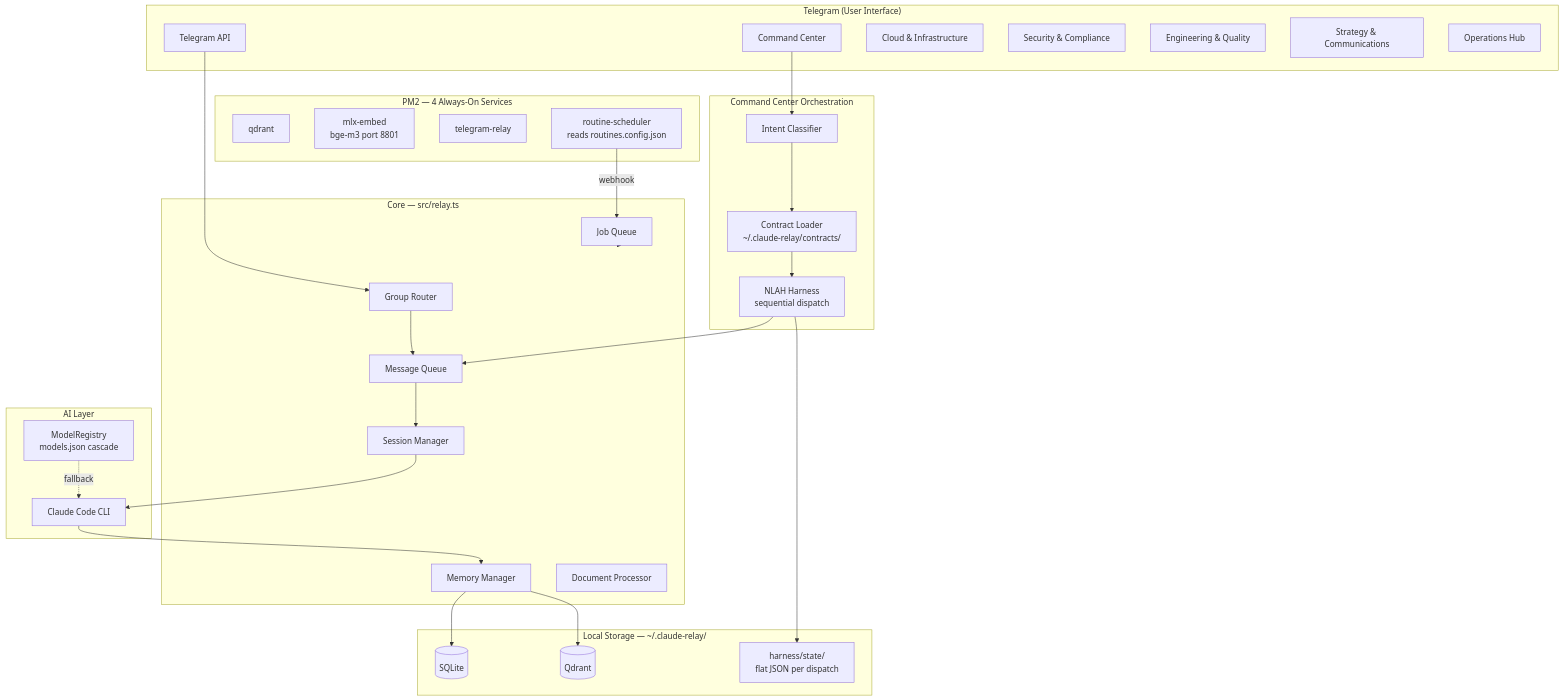
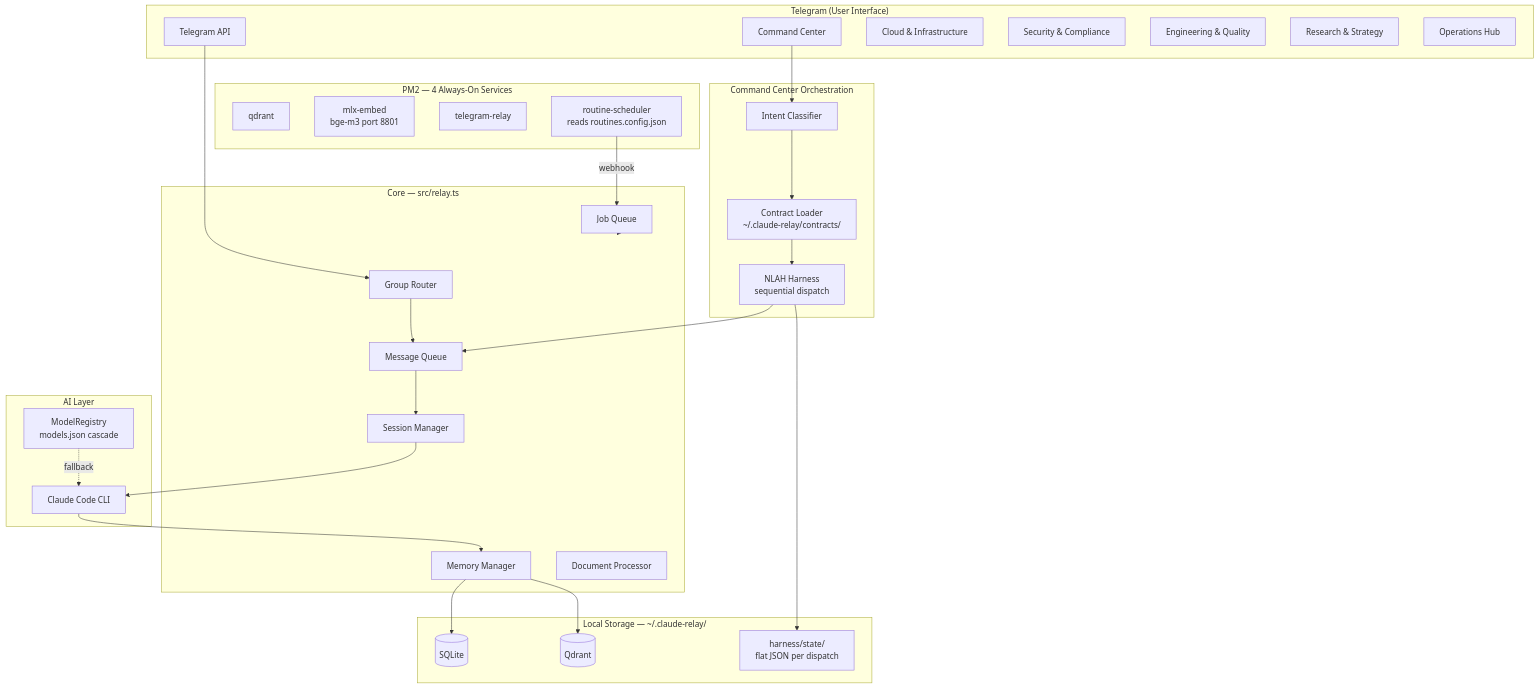
Before and after one commit to furi-wigt/claude-telegram-relay: the first of 2 diagrams in CLAUDE.md, drawn with Mermaid. The commit also changed other lines of this file and 9 other files, not shown here.

First line of the commit message:
feat(agents): consolidate 9 agents → 6, rename strategy-comms to research-strategy

````diff
--- a/CLAUDE.md
+++ b/CLAUDE.md
@@ -43,53 +43,53 @@
 ```mermaid
 graph TB
     subgraph Telegram["Telegram (User Interface)"]
         TG[Telegram API]
         G1["Command Center"]
         G2["Cloud & Infrastructure"]
         G3["Security & Compliance"]
         G4["Engineering & Quality"]
-        G5["Strategy & Communications"]
+        G5["Research & Strategy"]
         G6["Operations Hub"]
     end
 
     subgraph Core["Core — src/relay.ts"]
         Router[Group Router]
         Queue[Message Queue]
         SessionMgr[Session Manager]
         MemMgr[Memory Manager]
         DocMgr[Document Processor]
         Jobs[Job Queue]
     end
 
     subgraph Orchestration["Command Center Orchestration"]
         Classify[Intent Classifier]
         Contract[Contract Loader\n~/.claude-relay/contracts/]
         Harness[NLAH Harness\nsequential dispatch]
     end
 
     subgraph AI["AI Layer"]
         Claude[Claude Code CLI]
         Registry[ModelRegistry\nmodels.json cascade]
     end
 
     subgraph Storage["Local Storage — ~/.claude-relay/"]
         SQLite[(SQLite)]
         Qdrant[(Qdrant)]
         State[harness/state/\nflat JSON per dispatch]
     end
 
     subgraph PM2["PM2 — 4 Always-On Services"]
         S1[qdrant]
         S2[mlx-embed\nbge-m3 port 8801]
         S3[telegram-relay]
         S4[routine-scheduler\nreads routines.config.json]
     end
 
     TG --> Router --> Queue --> SessionMgr --> Claude
     G1 --> Classify --> Contract --> Harness --> Queue
     Harness --> State
     Claude --> MemMgr --> SQLite & Qdrant
     Registry -.->|fallback| Claude
     S4 -->|webhook| Jobs
     Jobs --> Core
 ```
````
